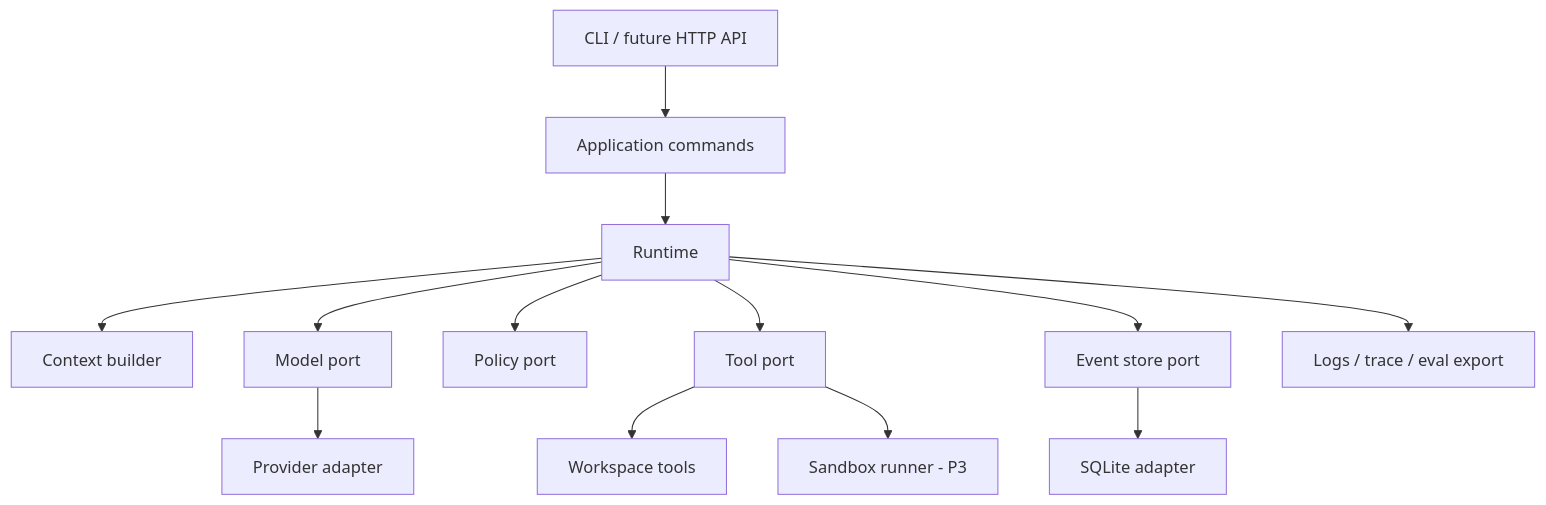
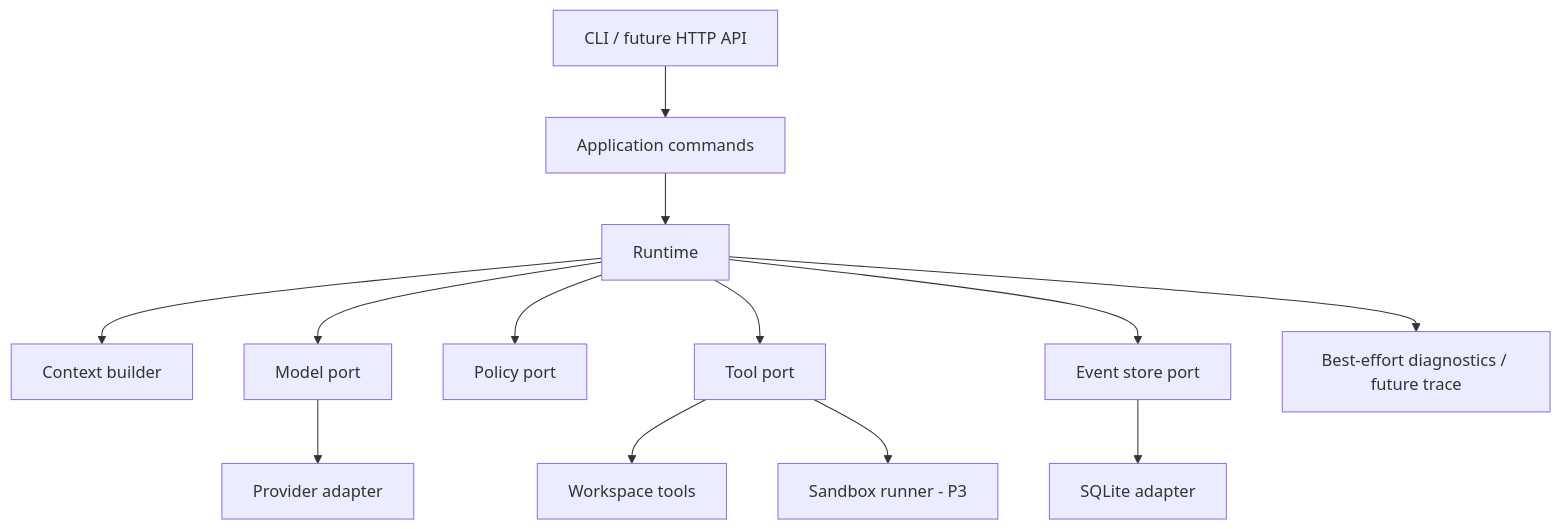
The second of 2 diagrams in docs/architecture/overview.md (CherryYang05/BearAgent), drawn with Mermaid before and after one commit. The commit also changed other lines of this file and 22 other files, not shown here.

Commit message:
feat(diagnostics): add safe structured runtime logs

````diff
--- a/docs/architecture/overview.md
+++ b/docs/architecture/overview.md
@@ -80,15 +81,15 @@
 ```mermaid
 flowchart TB
     I["CLI / future HTTP API"] --> A["Application commands"]
     A --> K["Runtime"]
     K --> C["Context builder"]
     K --> MP["Model port"]
     K --> PP["Policy port"]
     K --> TP["Tool port"]
     K --> EP["Event store port"]
     MP --> MA["Provider adapter"]
     TP --> WA["Workspace tools"]
     TP --> SR["Sandbox runner - P3"]
     EP --> SQ["SQLite adapter"]
-    K --> O["Logs / trace / eval export"]
+    K --> O["Best-effort diagnostics / future trace"]
 ```
````
